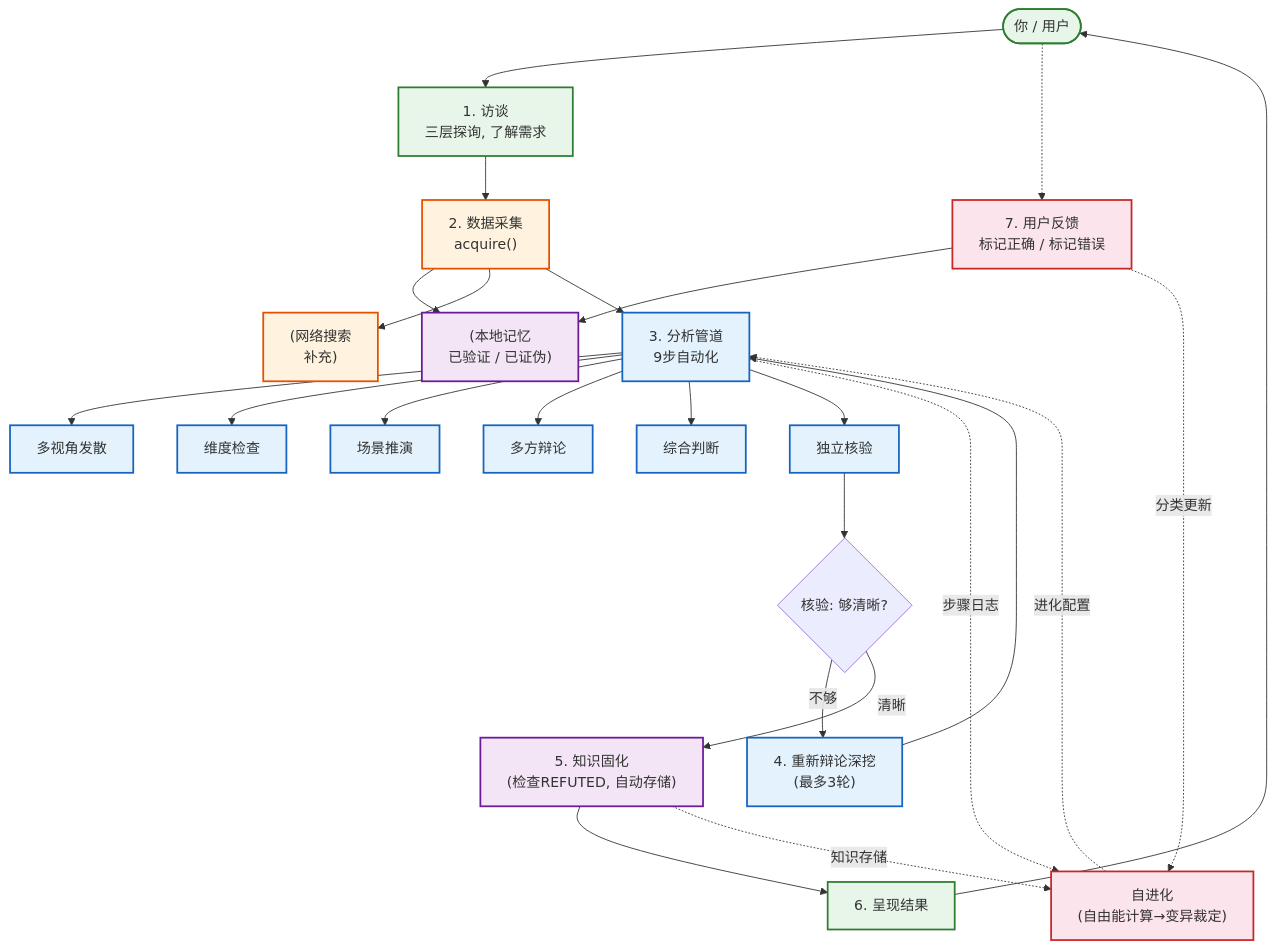
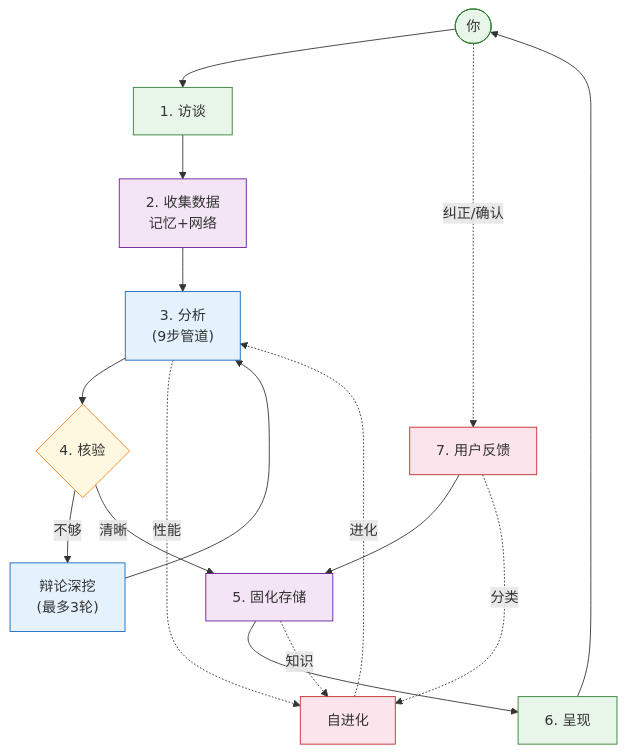
Before and after one commit to ljjluke/ponder-skill: the diagram in README_CN.md, drawn with Mermaid. The commit also changed other lines of this file and 1 other file, not shown here.

Commit message:
docs: 增加MCTS-TD CLI说明 — 保留但独立于管道
- MCTS-TD仍可用, 但不参与主管道流程
- 在README中说明其位置: 可选CLI工具
- 管道用9步结构化思考, MCTS-TD用低层决策搜索
- 中英文同步

````diff
--- a/README_CN.md
+++ b/README_CN.md
@@ -59,37 +33,24 @@
 ```mermaid
 flowchart TB
-    classDef user fill:#e8f5e9,stroke:#2e7d32,stroke-width:2px
-    classDef pipeline fill:#e3f2fd,stroke:#1565c0,stroke-width:2px
-    classDef data fill:#fff3e0,stroke:#e65100,stroke-width:2px
-    classDef memory fill:#f3e5f5,stroke:#6a1b9a,stroke-width:2px
-    classDef evolve fill:#fce4ec,stroke:#c62828,stroke-width:2px
+    classDef user fill:#e8f5e9,stroke:#2e7d32
+    classDef pipe fill:#e3f2fd,stroke:#1565c0
+    classDef mem fill:#f3e5f5,stroke:#6a1b9a
+    classDef evolve fill:#fce4ec,stroke:#c62828
+    classDef check fill:#fff8e1,stroke:#f57f17
 
-    U(["你 / 用户"]):::user --> I["1. 访谈<br/>三层探询, 了解需求"]:::user
-
-    I --> ACQ["2. 数据采集<br/>acquire()"]:::data
-    ACQ --> MMA["(本地记忆<br/>已验证 / 已证伪)"]:::memory
-    ACQ --> WEB["(网络搜索<br/>补充)"]:::data
-
-    ACQ --> P["3. 分析管道<br/>9步自动化"]:::pipeline
-    P --> P1["多视角发散"]:::pipeline
-    P --> P2["维度检查"]:::pipeline
-    P --> P3["场景推演"]:::pipeline
-    P --> P4["多方辩论"]:::pipeline
-    P --> P5["综合判断"]:::pipeline
-    P --> P6["独立核验"]:::pipeline
-
-    P6 --> V{"核验: 够清晰?"}
-    V -->|不够| D["4. 重新辩论深挖<br/>(最多3轮)"]:::pipeline
-    D --> P
-    V -->|清晰| C["5. 知识固化<br/>(检查REFUTED, 自动存储)"]:::memory
-
-    C --> PRES["6. 呈现结果"]:::user
-    PRES --> U
-    U -.-> FB["7. 用户反馈<br/>标记正确 / 标记错误"]:::evolve
-    FB --> MMA
-
-    P -.->|步骤日志| EV["自进化<br/>(自由能计算→变异裁定)"]:::evolve
-    C -.->|知识存储| EV
-    FB -.->|分类更新| EV
-    EV -.->|进化配置| P
+    U(["你"]):::user --> I["1. 访谈"]:::user
+    I --> DQ["2. 收集数据<br/>记忆+网络"]:::mem
+    DQ --> PL["3. 分析<br/>(9步管道)"]:::pipe
+    PL --> V{"4. 核验"}:::check
+    V -->|不够| D["辩论深挖<br/>(最多3轮)"]:::pipe
+    D --> PL
+    V -->|清晰| C["5. 固化存储"]:::mem
+    C --> P["6. 呈现"]:::user
+    P --> U
+    U -.->|纠正/确认| F["7. 用户反馈"]:::evolve
+    F --> C
+    PL -.->|性能| E["自进化"]:::evolve
+    C -.->|知识| E
+    F -.->|分类| E
+    E -.->|进化| PL
 ```
````
